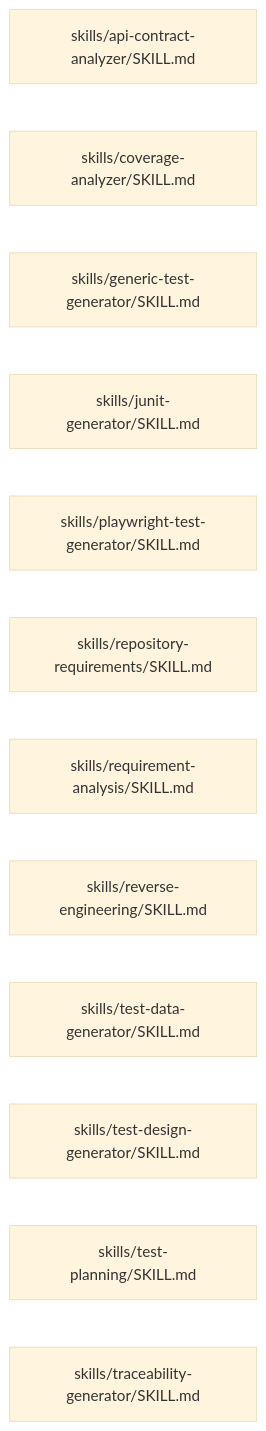
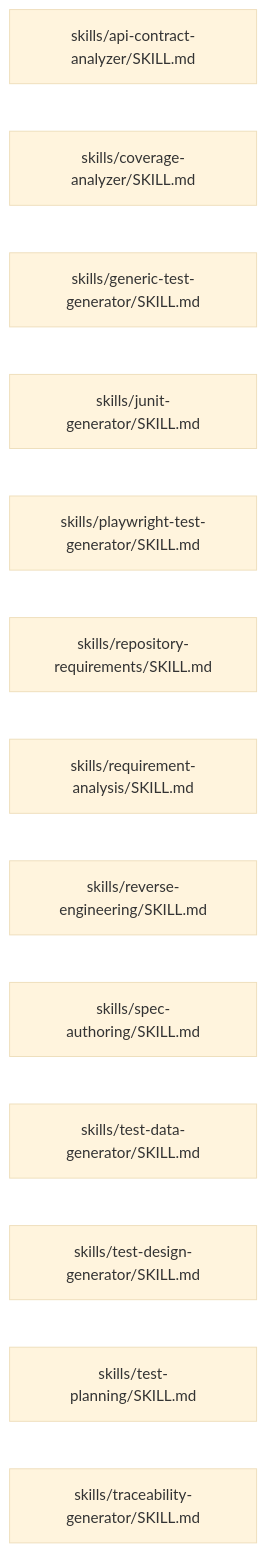
Before and after one commit to sarveshtalele/maf-harness-testing: diagram 17 of 21 in docs/ARCHITECTURE_MAP.md, drawn with Mermaid (base theme). The commit also changed other lines of this file and 19 other files, not shown here.

Commit message:
Greenfield specs: document/Jira intake, spec-authoring skill, specs to requirements, no-repo scaffold

````diff
--- a/docs/ARCHITECTURE_MAP.md
+++ b/docs/ARCHITECTURE_MAP.md
@@ -411,15 +413,16 @@
 ```mermaid
 flowchart LR
   f0["skills/api-contract-analyzer/SKILL.md"]
   f1["skills/coverage-analyzer/SKILL.md"]
   f2["skills/generic-test-generator/SKILL.md"]
   f3["skills/junit-generator/SKILL.md"]
   f4["skills/playwright-test-generator/SKILL.md"]
   f5["skills/repository-requirements/SKILL.md"]
   f6["skills/requirement-analysis/SKILL.md"]
   f7["skills/reverse-engineering/SKILL.md"]
-  f8["skills/test-data-generator/SKILL.md"]
-  f9["skills/test-design-generator/SKILL.md"]
-  f10["skills/test-planning/SKILL.md"]
-  f11["skills/traceability-generator/SKILL.md"]
+  f8["skills/spec-authoring/SKILL.md"]
+  f9["skills/test-data-generator/SKILL.md"]
+  f10["skills/test-design-generator/SKILL.md"]
+  f11["skills/test-planning/SKILL.md"]
+  f12["skills/traceability-generator/SKILL.md"]
 ```
````
